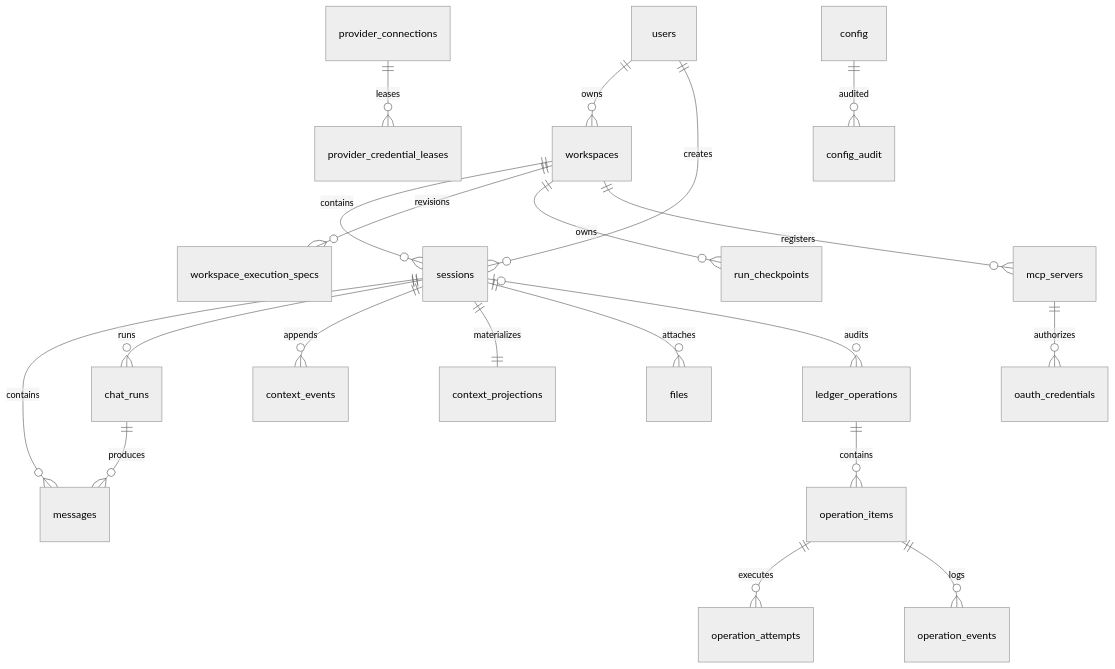
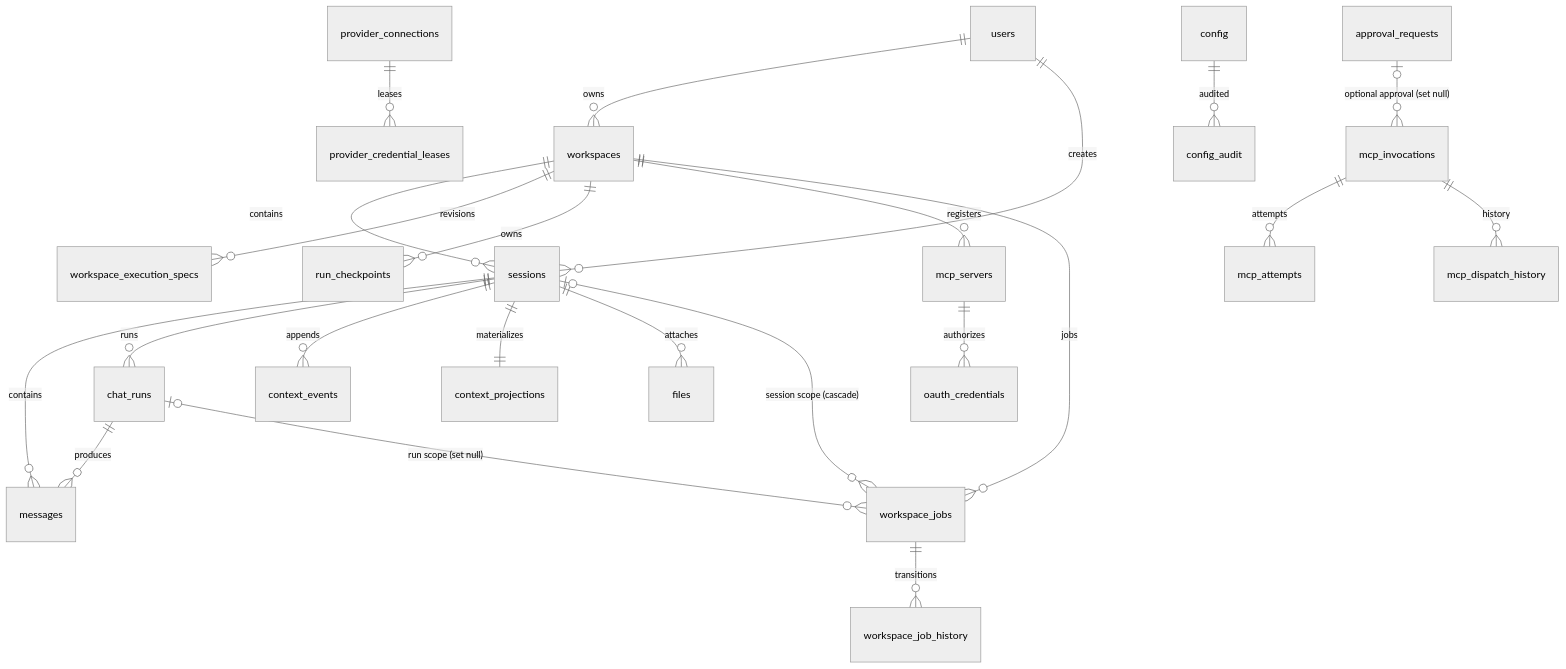
The sixth of 7 diagrams in docs/i18n/zh-Hans/DEV-019-database-schema.md (cc01cc/xihe-project), drawn with Mermaid before and after one commit. The commit also changed other lines of this file and 166 other files, not shown here.

First line of the commit message:
refactor(xh): retire operation ledger

````diff
--- a/docs/i18n/zh-Hans/DEV-019-database-schema.md
+++ b/docs/i18n/zh-Hans/DEV-019-database-schema.md
@@ -133,23 +133,26 @@
 ```mermaid
 %%{init: {'theme': 'neutral'}}%%
 erDiagram
     users ||--o{ workspaces : owns
     users ||--o{ sessions : creates
     workspaces ||--o{ sessions : contains
     sessions ||--o{ messages : contains
     sessions ||--o{ chat_runs : runs
     chat_runs ||--o{ messages : produces
     workspaces ||--o{ workspace_execution_specs : revisions
     workspaces ||--o{ run_checkpoints : owns
     workspaces ||--o{ mcp_servers : registers
     mcp_servers ||--o{ oauth_credentials : authorizes
     provider_connections ||--o{ provider_credential_leases : leases
     config ||--o{ config_audit : audited
     sessions ||--o{ context_events : appends
     sessions ||--|| context_projections : materializes
     sessions ||--o{ files : attaches
-    sessions |o--o{ ledger_operations : audits
-    ledger_operations ||--o{ operation_items : contains
-    operation_items ||--o{ operation_attempts : executes
-    operation_items ||--o{ operation_events : logs
+    mcp_invocations ||--o{ mcp_attempts : attempts
+    mcp_invocations ||--o{ mcp_dispatch_history : history
+    approval_requests |o--o{ mcp_invocations : "optional approval (set null)"
+    workspaces ||--o{ workspace_jobs : jobs
+    sessions |o--o{ workspace_jobs : "session scope (cascade)"
+    chat_runs |o--o{ workspace_jobs : "run scope (set null)"
+    workspace_jobs ||--o{ workspace_job_history : transitions
 ```
````
